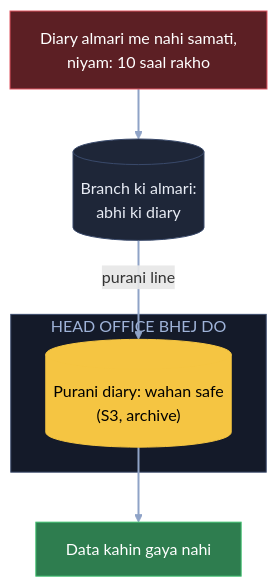
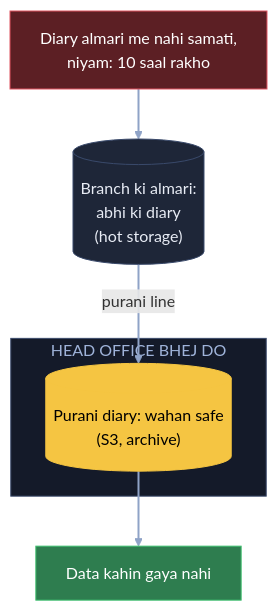
Before and after one commit to ArpanMaheshwari144/Prep: diagram 12 of 22 in 04_HLD/SYSTEM_DESIGNS/13_banking_system/13_banking_system.md, drawn with Mermaid. The commit also changed other lines of this file and 20 other files, not shown here.

Commit message:
HLD main files: diagram me kahani shabd + bracket me asli naam (21 design, 182 label)

````diff
--- a/04_HLD/SYSTEM_DESIGNS/13_banking_system/13_banking_system.md
+++ b/04_HLD/SYSTEM_DESIGNS/13_banking_system/13_banking_system.md
@@ -468,18 +468,18 @@
 ```mermaid
 flowchart TB
     X["Diary almari me nahi samati,<br/>niyam: 10 saal rakho"]:::bad
-    B[("Branch ki almari:<br/>abhi ki diary")]:::card
+    B[("Branch ki almari:<br/>abhi ki diary<br/>(hot storage)")]:::card
     subgraph HO["HEAD OFFICE BHEJ DO"]
         S3[("Purani diary: wahan safe<br/>(S3, archive)")]:::pill
     end
     OK["Data kahin gaya nahi"]:::good
     X --> B
     B -- "purani line" --> S3
     S3 --> OK
     linkStyle default stroke:#8fa3c7,stroke-width:2px
     classDef card fill:#1e2638,stroke:#3a4a6b,color:#e8ecf5
     classDef pill fill:#f5c542,stroke:#f5c542,color:#000
     classDef good fill:#2e7d4f,stroke:#3fbf6f,color:#fff
     classDef bad fill:#5c1f24,stroke:#e05561,color:#fff
     style HO fill:#141a29,stroke:#3a4a6b,color:#9fb3d9
 ```
````
